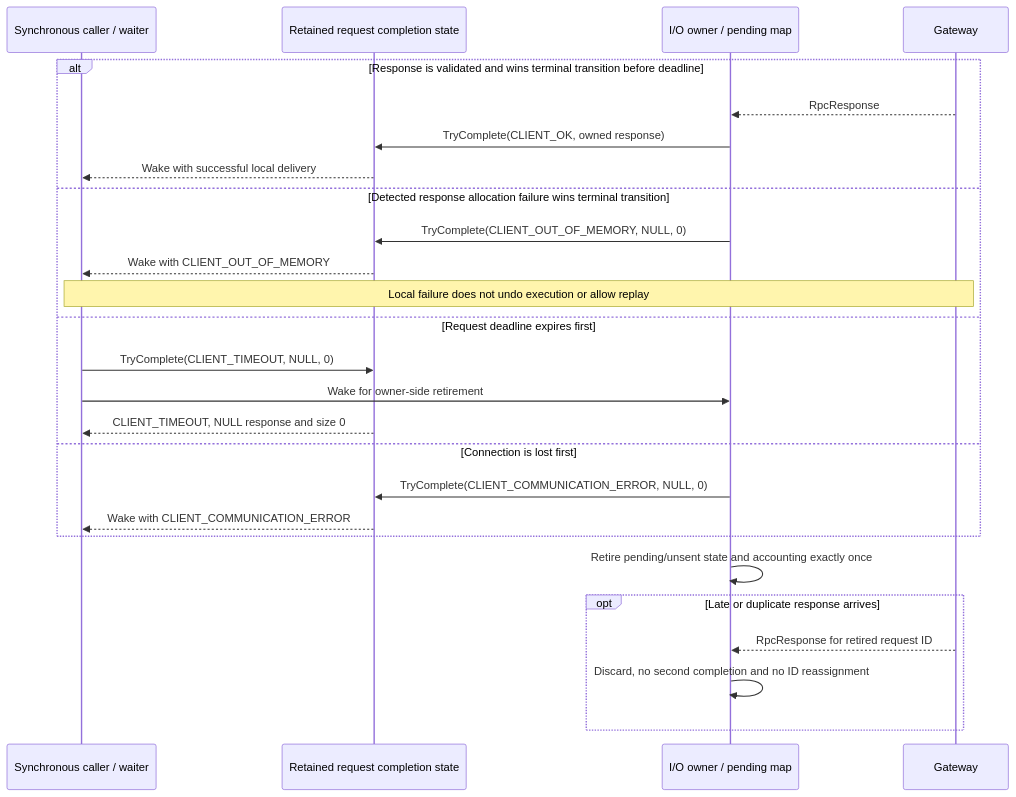
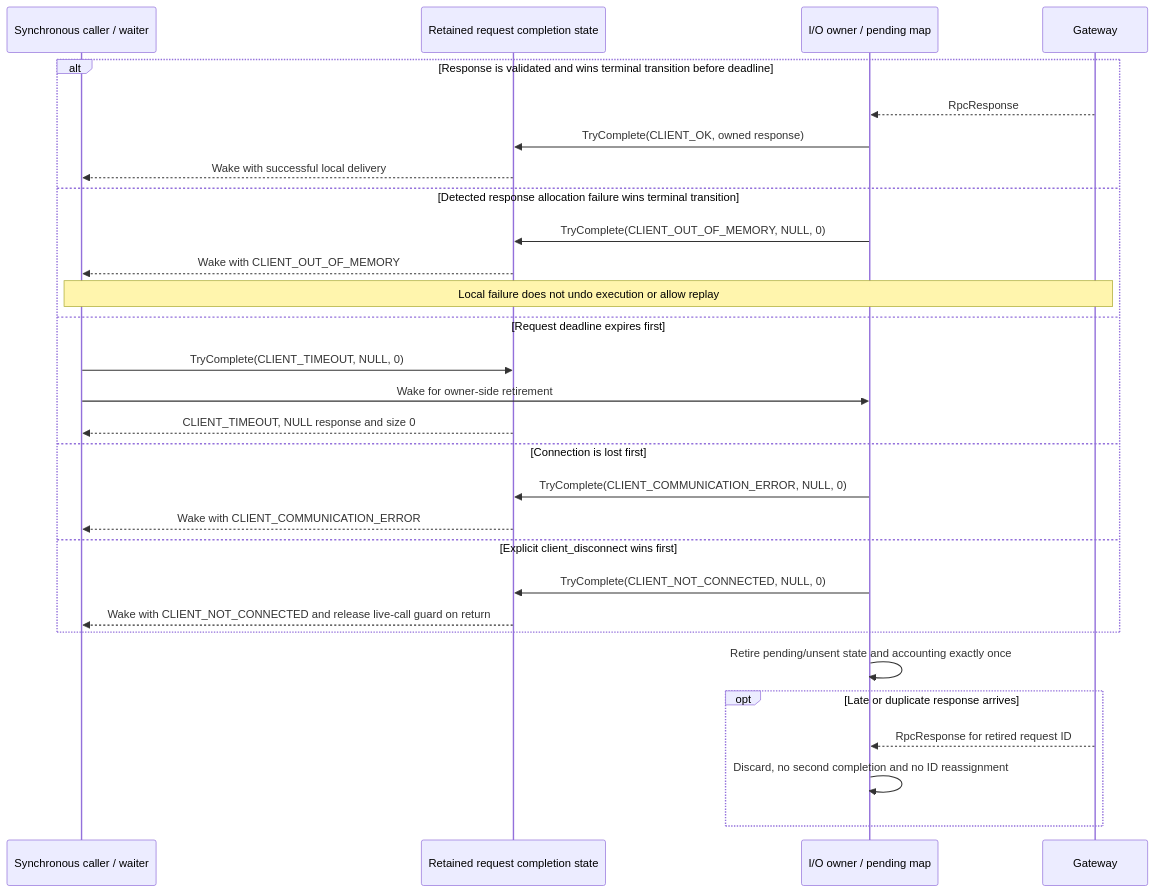
The eighth of 35 diagrams in doc/EyilSecureGateway.md (rdkcentral/eyil-secure-gateway), drawn with Mermaid before and after one commit. The commit also changed other lines of this file, not shown here.

````diff
--- a/doc/EyilSecureGateway.md
+++ b/doc/EyilSecureGateway.md
@@ -1432,28 +1576,31 @@
 ```mermaid
 sequenceDiagram
     participant A as Synchronous caller / waiter
     participant R as Retained request completion state
     participant IO as I/O owner / pending map
     participant G as Gateway
     alt Response is validated and wins terminal transition before deadline
         G-->>IO: RpcResponse
         IO->>R: TryComplete(CLIENT_OK, owned response)
         R-->>A: Wake with successful local delivery
     else Detected response allocation failure wins terminal transition
         IO->>R: TryComplete(CLIENT_OUT_OF_MEMORY, NULL, 0)
         R-->>A: Wake with CLIENT_OUT_OF_MEMORY
         Note over A,G: Local failure does not undo execution or allow replay
     else Request deadline expires first
         A->>R: TryComplete(CLIENT_TIMEOUT, NULL, 0)
         A->>IO: Wake for owner-side retirement
         R-->>A: CLIENT_TIMEOUT, NULL response and size 0
     else Connection is lost first
         IO->>R: TryComplete(CLIENT_COMMUNICATION_ERROR, NULL, 0)
         R-->>A: Wake with CLIENT_COMMUNICATION_ERROR
+    else Explicit client_disconnect wins first
+        IO->>R: TryComplete(CLIENT_NOT_CONNECTED, NULL, 0)
+        R-->>A: Wake with CLIENT_NOT_CONNECTED and release live-call guard on return
     end
     IO->>IO: Retire pending/unsent state and accounting exactly once
     opt Late or duplicate response arrives
         G-->>IO: RpcResponse for retired request ID
         IO->>IO: Discard, no second completion and no ID reassignment
     end
 ```
````
